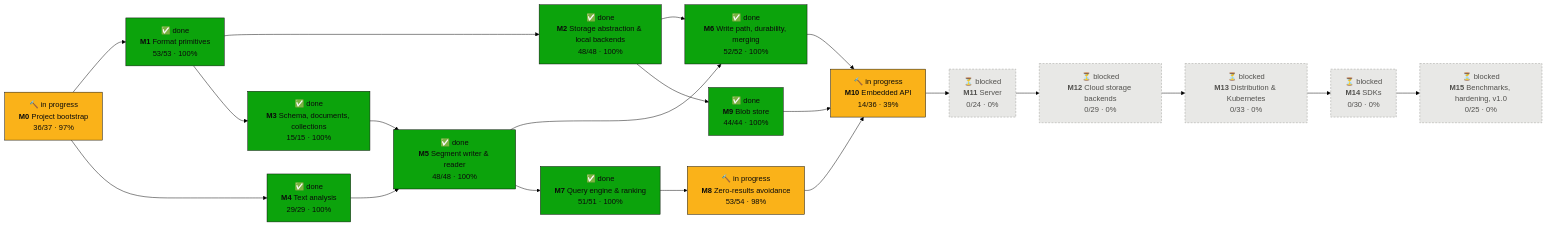
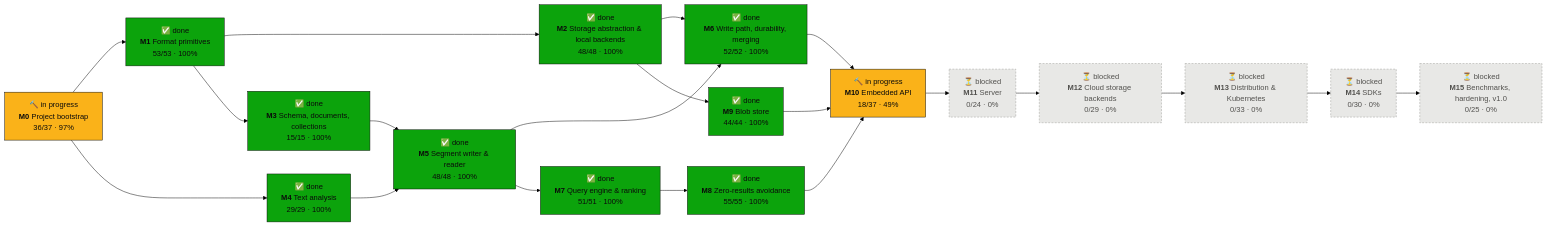
One commit to tomiok/persiaDB changed the first of 2 diagrams in PROGRESS.md. Above: the diagram before and after it, drawn with Mermaid (forest theme). The commit also changed other lines of this file and 42 other files, not shown here.

First line of the commit message:
Response JSON, projection key, cursor v2, relax:false metrics, L5 past the budget (ROADMAP 10.1.13, 10.1.20, 10.1.21, 10.1.24, 8.1.33, 8.1.34) (#129)

````diff
--- a/PROGRESS.md
+++ b/PROGRESS.md
@@ -16,42 +16,42 @@
 ```mermaid
 flowchart LR
   M0["🔨 in progress<br/><b>M0</b> Project bootstrap<br/>36/37 · 97%"]:::doing
   M1["✅ done<br/><b>M1</b> Format primitives<br/>53/53 · 100%"]:::done
   M2["✅ done<br/><b>M2</b> Storage abstraction & local backends<br/>48/48 · 100%"]:::done
   M3["✅ done<br/><b>M3</b> Schema, documents, collections<br/>15/15 · 100%"]:::done
   M4["✅ done<br/><b>M4</b> Text analysis<br/>29/29 · 100%"]:::done
   M5["✅ done<br/><b>M5</b> Segment writer & reader<br/>48/48 · 100%"]:::done
   M6["✅ done<br/><b>M6</b> Write path, durability, merging<br/>52/52 · 100%"]:::done
   M7["✅ done<br/><b>M7</b> Query engine & ranking<br/>51/51 · 100%"]:::done
-  M8["🔨 in progress<br/><b>M8</b> Zero-results avoidance<br/>53/54 · 98%"]:::doing
+  M8["✅ done<br/><b>M8</b> Zero-results avoidance<br/>55/55 · 100%"]:::done
   M9["✅ done<br/><b>M9</b> Blob store<br/>44/44 · 100%"]:::done
-  M10["🔨 in progress<br/><b>M10</b> Embedded API<br/>14/36 · 39%"]:::doing
+  M10["🔨 in progress<br/><b>M10</b> Embedded API<br/>18/37 · 49%"]:::doing
   M11["⏳ blocked<br/><b>M11</b> Server<br/>0/24 · 0%"]:::blocked
   M12["⏳ blocked<br/><b>M12</b> Cloud storage backends<br/>0/29 · 0%"]:::blocked
   M13["⏳ blocked<br/><b>M13</b> Distribution & Kubernetes<br/>0/33 · 0%"]:::blocked
   M14["⏳ blocked<br/><b>M14</b> SDKs<br/>0/30 · 0%"]:::blocked
   M15["⏳ blocked<br/><b>M15</b> Benchmarks, hardening, v1.0<br/>0/25 · 0%"]:::blocked
   M0 --> M1
   M1 --> M2
   M1 --> M3
   M0 --> M4
   M3 --> M5
   M4 --> M5
   M2 --> M6
   M5 --> M6
   M5 --> M7
   M7 --> M8
   M2 --> M9
   M6 --> M10
   M8 --> M10
   M9 --> M10
   M10 --> M11
   M11 --> M12
   M12 --> M13
   M13 --> M14
   M14 --> M15
   classDef done fill:#0ca30c,stroke:#0b0b0b,color:#0b0b0b
   classDef doing fill:#fab219,stroke:#0b0b0b,color:#0b0b0b
   classDef ready fill:#fcfcfb,stroke:#0b0b0b,stroke-width:2px,color:#0b0b0b
   classDef blocked fill:#e8e8e6,stroke:#9a9a96,stroke-dasharray:4 3,color:#52514e
 ```
````
